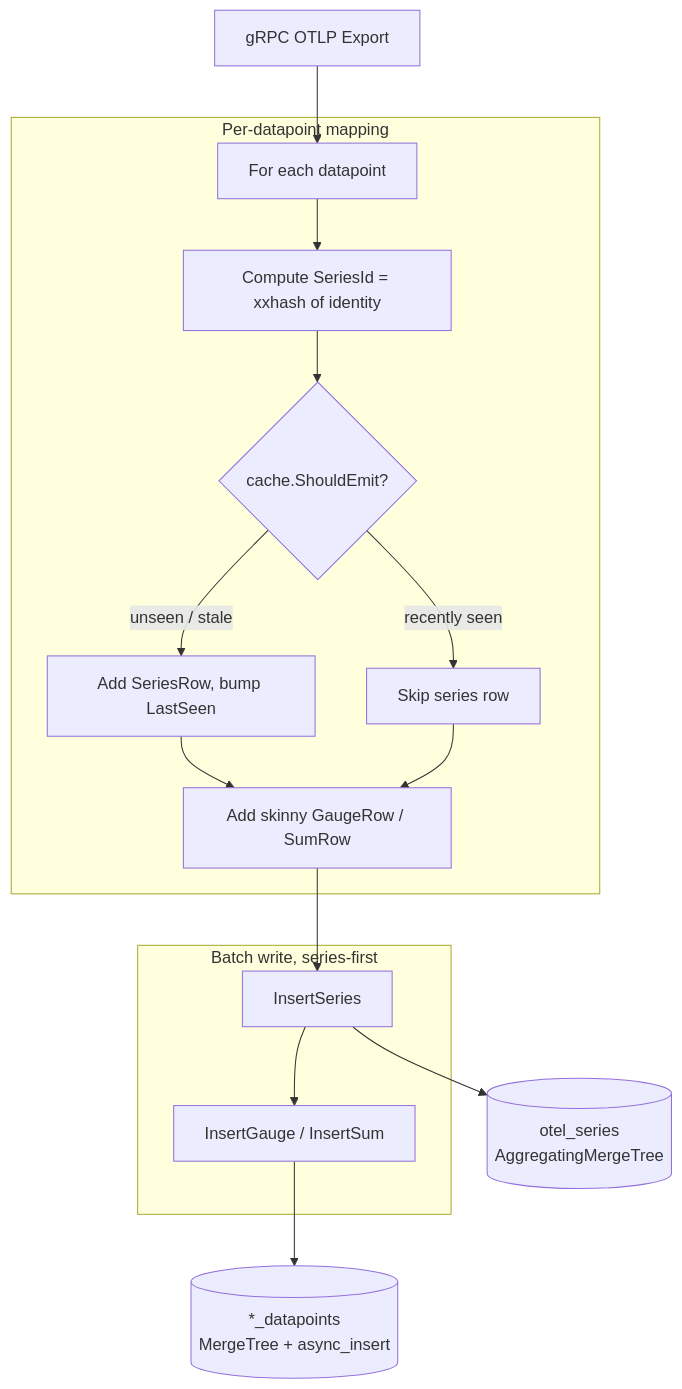
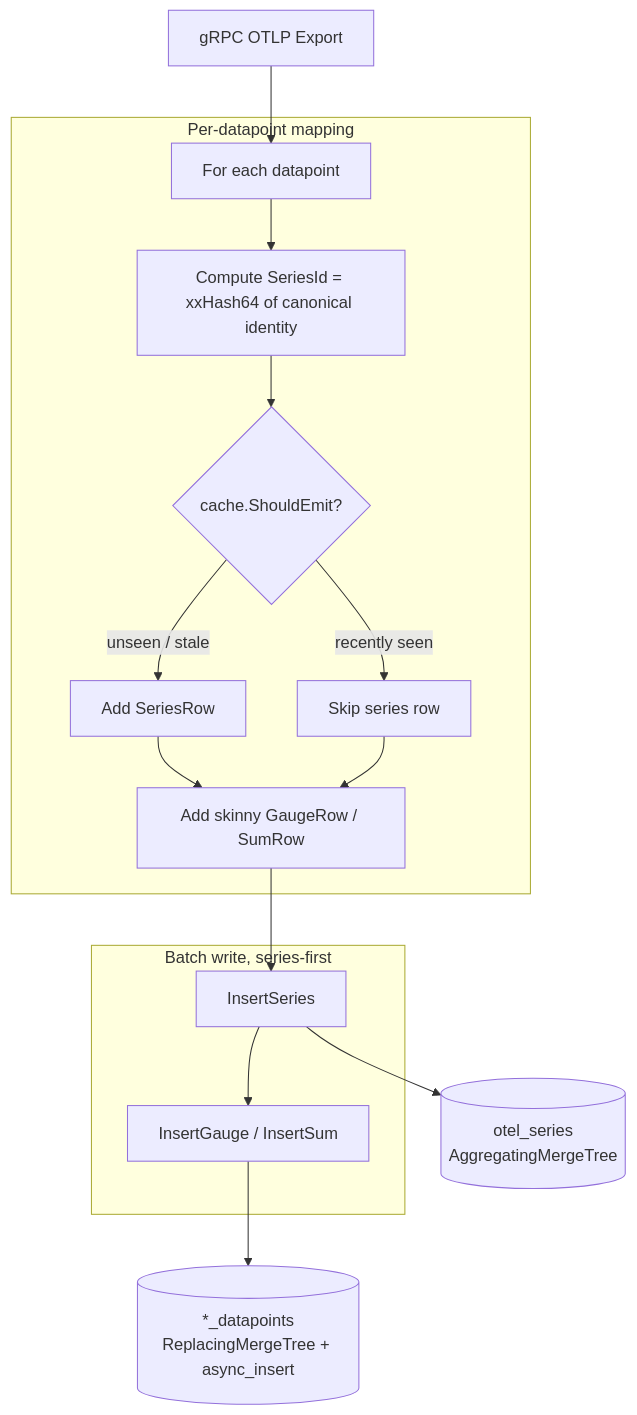
The diagram in specs/001-series-datapoint-split/2-design.md (nestorsokil/otlp-metric-store-backend-go), drawn with Mermaid before and after one commit. The commit also changed other lines of this file and 4 other files, not shown here.

Commit message:
Revise the spec to drop the FirstSeen/LastSeen activity-window prune from the canonical query and change datapoints table to ReplacingMergeTree

````diff
--- a/specs/001-series-datapoint-split/2-design.md
+++ b/specs/001-series-datapoint-split/2-design.md
@@ -86,22 +123,22 @@
 ```mermaid
 flowchart TD
     Req[gRPC OTLP Export] --> Loop
 
     subgraph Map[Per-datapoint mapping]
-        Loop[For each datapoint] --> Hash[Compute SeriesId = xxhash of identity]
+        Loop[For each datapoint] --> Hash[Compute SeriesId = xxHash64 of canonical identity]
         Hash --> Gate{cache.ShouldEmit?}
-        Gate -- unseen / stale --> Emit[Add SeriesRow, bump LastSeen]
+        Gate -- unseen / stale --> Emit[Add SeriesRow]
         Gate -- recently seen --> Dedup[Skip series row]
         Emit --> DP[Add skinny GaugeRow / SumRow]
         Dedup --> DP
     end
 
     DP --> Series
 
     subgraph Write[Batch write, series-first]
         Series[InsertSeries] --> Points[InsertGauge / InsertSum]
     end
 
     Series --> CHs[(otel_series<br>AggregatingMergeTree)]
-    Points --> CHp[(*_datapoints<br>MergeTree + async_insert)]
+    Points --> CHp[(*_datapoints<br>ReplacingMergeTree + async_insert)]
 ```
````
